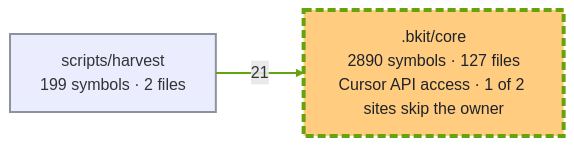
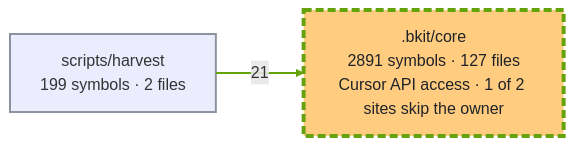
Before and after one commit to cbartens/bkit: the first of 2 diagrams in docs/capabilities.md, drawn with Mermaid. The commit also changed other lines of this file, not shown here.

Commit message:
docs(801-test-lock-per-case): refresh the capability register for blobText bkit [skip ci]

````diff
--- a/docs/capabilities.md
+++ b/docs/capabilities.md
@@ -150,16 +150,16 @@
 ```mermaid
 ---
 config:
   layout: elk
   flowchart:
     useMaxWidth: false
 ---
 flowchart LR
-  %% Generated by bkit-graphify-rollup.py from 00e2582656e3ae13f033200f4c006c17e75bc607 — do not edit
-  n_bkit_core[".bkit/core<br/>2890 symbols · 127 files<br/>Cursor API access · 1 of 2 sites skip the owner"]
+  %% Generated by bkit-graphify-rollup.py from 0baf2ac4d035357ab85e2edf4706f76fec1ef726 — do not edit
+  n_bkit_core[".bkit/core<br/>2891 symbols · 127 files<br/>Cursor API access · 1 of 2 sites skip the owner"]
   nscripts_harvest["scripts/harvest<br/>199 symbols · 2 files"]
   nscripts_harvest -->|21| n_bkit_core
   style n_bkit_core stroke:#65a30d,stroke-width:4px,stroke-dasharray:8 4,fill:#ffcc80,color:#1f2328
   style nscripts_harvest stroke:#8b949e,stroke-width:2px
   linkStyle 0 stroke:#65a30d,stroke-width:2px
 ```
````
